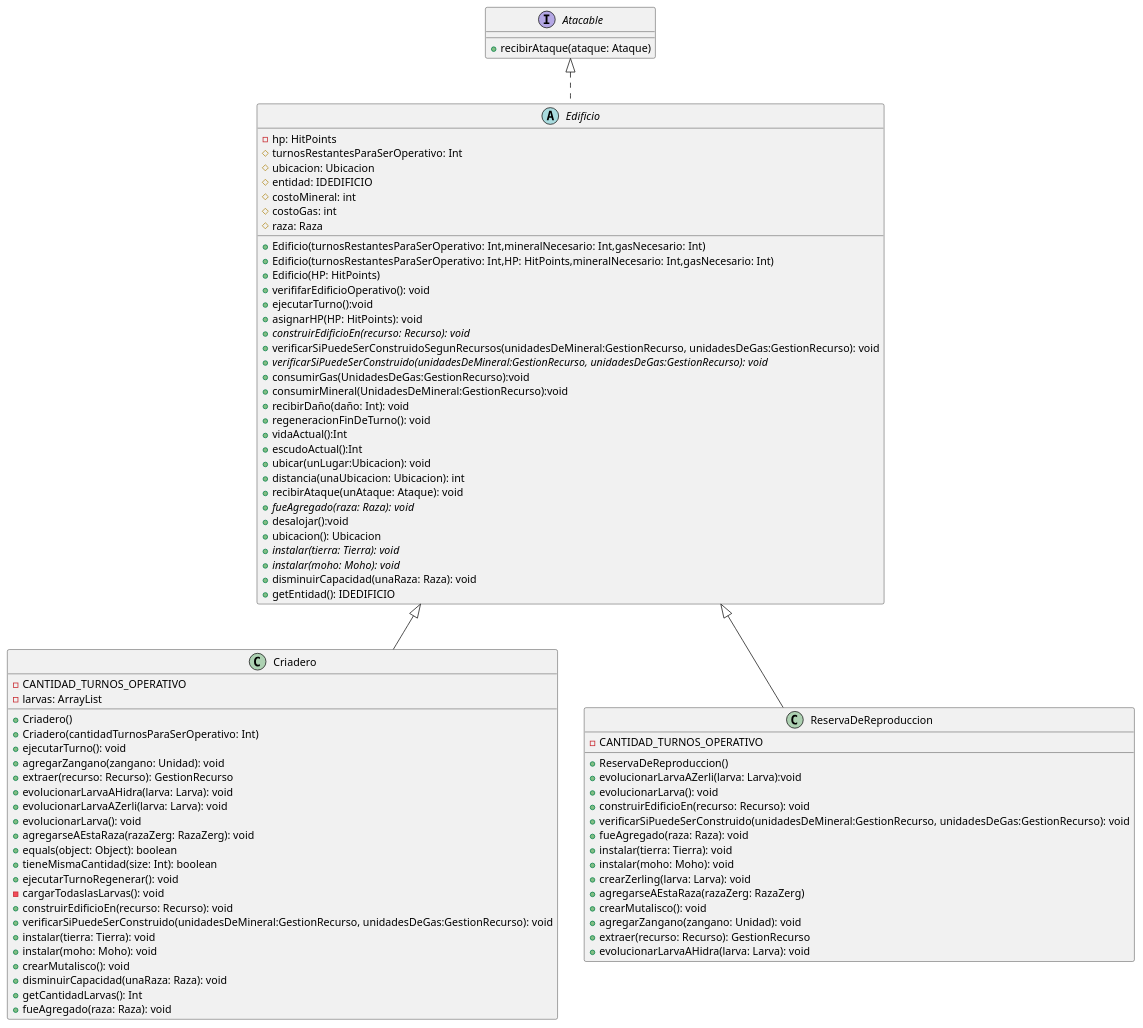
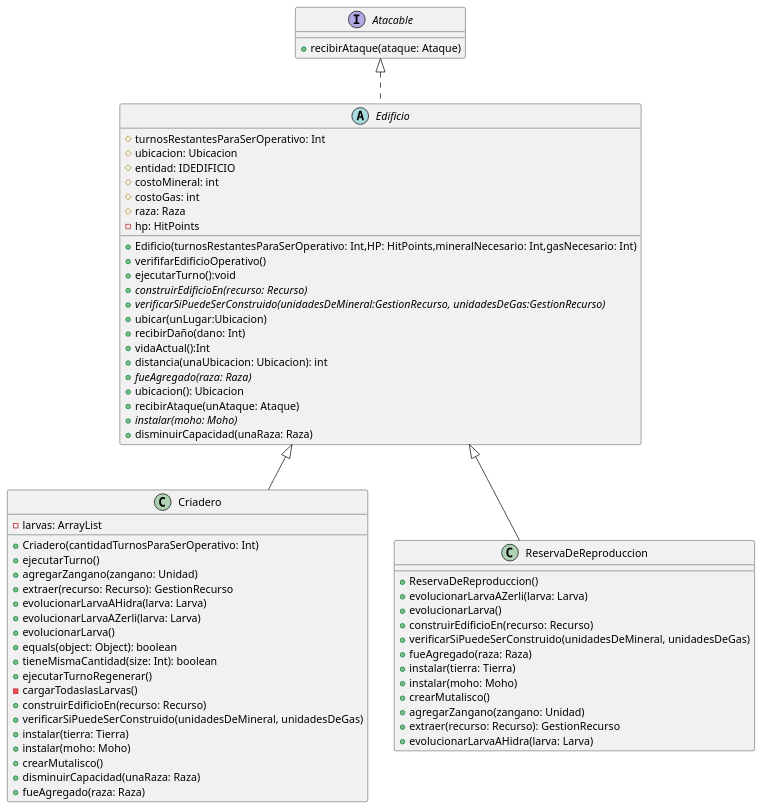
One commit to nicolasgirardi/algo3_TP2_AlgoStar changed the diagram in diagrams/classes/EdificiosZerg1.puml. Above: the diagram before and after it, drawn with PlantUML. The commit also changed 4 other files, not shown here.

Commit message:
actualizo diagramas de clase

```diff
--- a/diagrams/classes/EdificiosZerg1.puml
+++ b/diagrams/classes/EdificiosZerg1.puml
@@ -1,95 +1,77 @@
 @startuml
 'https://plantuml.com/class-diagram
 
 abstract class Edificio {
-    -hp: HitPoints
     #turnosRestantesParaSerOperativo: Int
     #ubicacion: Ubicacion
     #entidad: IDEDIFICIO
     #costoMineral: int
     #costoGas: int
     #raza: Raza
+    -hp: HitPoints
 
-    +Edificio(turnosRestantesParaSerOperativo: Int,mineralNecesario: Int,gasNecesario: Int)
     +Edificio(turnosRestantesParaSerOperativo: Int,HP: HitPoints,mineralNecesario: Int,gasNecesario: Int)
-    +Edificio(HP: HitPoints)
-    +verififarEdificioOperativo(): void
+    +verififarEdificioOperativo()
     +ejecutarTurno():void
-    +asignarHP(HP: HitPoints): void
-    + {abstract} construirEdificioEn(recurso: Recurso): void
-    + verificarSiPuedeSerConstruidoSegunRecursos(unidadesDeMineral:GestionRecurso, unidadesDeGas:GestionRecurso): void
-    + {abstract} verificarSiPuedeSerConstruido(unidadesDeMineral:GestionRecurso, unidadesDeGas:GestionRecurso): void
-    +consumirGas(UnidadesDeGas:GestionRecurso):void
-    +consumirMineral(UnidadesDeMineral:GestionRecurso):void
-    +recibirDaño(daño: Int): void
-    +regeneracionFinDeTurno(): void
+    +{abstract} construirEdificioEn(recurso: Recurso)
+    +{abstract} verificarSiPuedeSerConstruido(unidadesDeMineral:GestionRecurso, unidadesDeGas:GestionRecurso)
+    +ubicar(unLugar:Ubicacion)
+    +recibirDaño(dano: Int)
     +vidaActual():Int
-    +escudoActual():Int
-    + ubicar(unLugar:Ubicacion): void
-    + distancia(unaUbicacion: Ubicacion): int
-    +recibirAtaque(unAtaque: Ataque): void
-    + {abstract} fueAgregado(raza: Raza): void
-    +desalojar():void
+    +distancia(unaUbicacion: Ubicacion): int
+    +{abstract} fueAgregado(raza: Raza)
     +ubicacion(): Ubicacion
-    +{abstract} instalar(tierra: Tierra): void
-    +{abstract} instalar(moho: Moho): void
-    +disminuirCapacidad(unaRaza: Raza): void
-    +getEntidad(): IDEDIFICIO
+    +recibirAtaque(unAtaque: Ataque)
+    +{abstract} instalar(moho: Moho)
+    +disminuirCapacidad(unaRaza: Raza)
 }
 
 class Criadero{
-    -CANTIDAD_TURNOS_OPERATIVO
     -larvas: ArrayList
 
-    +Criadero()
     +Criadero(cantidadTurnosParaSerOperativo: Int)
-    +ejecutarTurno(): void
-    +agregarZangano(zangano: Unidad): void
+    +ejecutarTurno()
+    +agregarZangano(zangano: Unidad)
     +extraer(recurso: Recurso): GestionRecurso
-    +evolucionarLarvaAHidra(larva: Larva): void
-    +evolucionarLarvaAZerli(larva: Larva): void
-    +evolucionarLarva(): void
-    +agregarseAEstaRaza(razaZerg: RazaZerg): void
+    +evolucionarLarvaAHidra(larva: Larva)
+    +evolucionarLarvaAZerli(larva: Larva)
+    +evolucionarLarva()
     +equals(object: Object): boolean
     +tieneMismaCantidad(size: Int): boolean
-    +ejecutarTurnoRegenerar(): void
-    -cargarTodaslasLarvas(): void
-    +construirEdificioEn(recurso: Recurso): void
-    +verificarSiPuedeSerConstruido(unidadesDeMineral:GestionRecurso, unidadesDeGas:GestionRecurso): void
-    +instalar(tierra: Tierra): void
-    +instalar(moho: Moho): void
-    +crearMutalisco(): void
-    +disminuirCapacidad(unaRaza: Raza): void
-    +getCantidadLarvas(): Int
-    + fueAgregado(raza: Raza): void
+    +ejecutarTurnoRegenerar()
+    -cargarTodaslasLarvas()
+    +construirEdificioEn(recurso: Recurso)
+    +verificarSiPuedeSerConstruido(unidadesDeMineral, unidadesDeGas)
+    +instalar(tierra: Tierra)
+    +instalar(moho: Moho)
+    +crearMutalisco()
+    +disminuirCapacidad(unaRaza: Raza)
+    +fueAgregado(raza: Raza)
 }
 
 class ReservaDeReproduccion{
-    -CANTIDAD_TURNOS_OPERATIVO
 
     +ReservaDeReproduccion()
-    +evolucionarLarvaAZerli(larva: Larva):void
-    +evolucionarLarva(): void
-    +construirEdificioEn(recurso: Recurso): void
-    +verificarSiPuedeSerConstruido(unidadesDeMineral:GestionRecurso, unidadesDeGas:GestionRecurso): void
-    + fueAgregado(raza: Raza): void
-    +instalar(tierra: Tierra): void
-    +instalar(moho: Moho): void
-    +crearZerling(larva: Larva): void
-    +agregarseAEstaRaza(razaZerg: RazaZerg)
-    +crearMutalisco(): void
-    +agregarZangano(zangano: Unidad): void
+    +evolucionarLarvaAZerli(larva: Larva)
+    +evolucionarLarva()
+    +construirEdificioEn(recurso: Recurso)
+    +verificarSiPuedeSerConstruido(unidadesDeMineral, unidadesDeGas)
+    +fueAgregado(raza: Raza)
+    +instalar(tierra: Tierra)
+    +instalar(moho: Moho)
+    +crearMutalisco()
+    +agregarZangano(zangano: Unidad)
     +extraer(recurso: Recurso): GestionRecurso
-    + evolucionarLarvaAHidra(larva: Larva): void
+    + evolucionarLarvaAHidra(larva: Larva)
 
 }
 
 interface Atacable {
     +recibirAtaque(ataque: Ataque)
 }
 
 Edificio <|-- Criadero
 Edificio <|-- ReservaDeReproduccion
 Atacable <|.. Edificio
 
 @enduml
```
